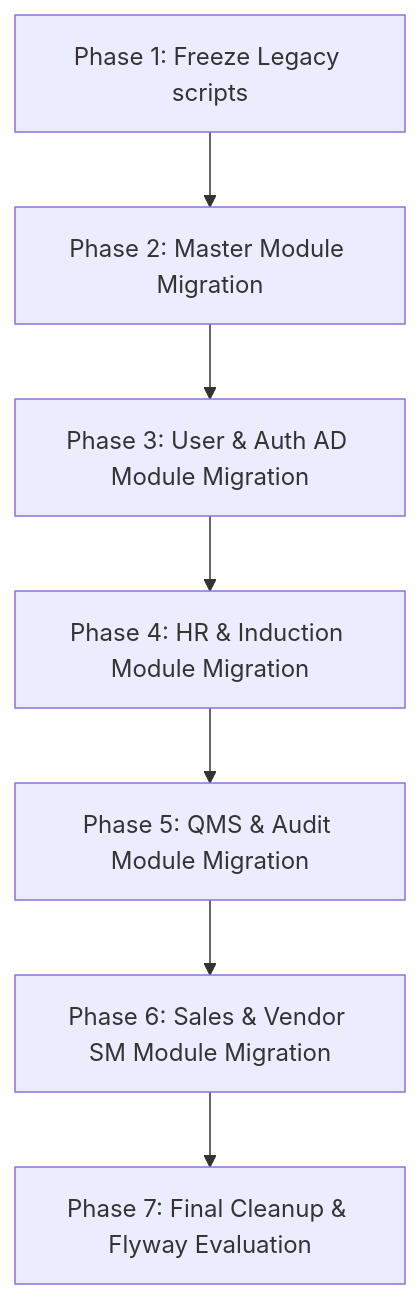
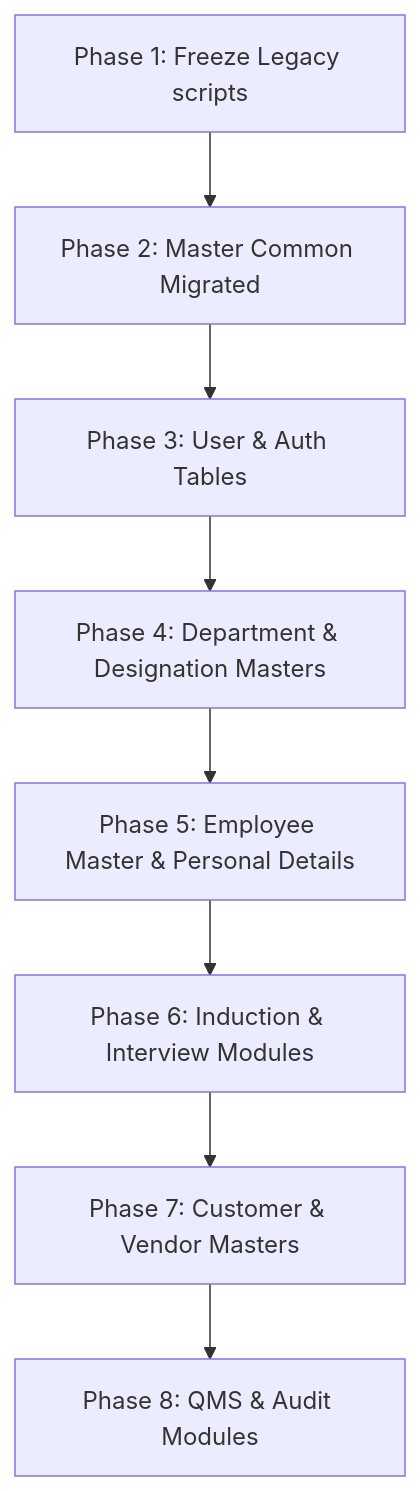
One commit to ROZZAN24/meeting_module_team changed the diagram in docs/DATABASE_MIGRATION_TRACKER.md. Above: the diagram before and after it, drawn with Mermaid. The commit also changed other lines of this file, not shown here.

````diff
--- a/docs/DATABASE_MIGRATION_TRACKER.md
+++ b/docs/DATABASE_MIGRATION_TRACKER.md
@@ -9,9 +9,10 @@
 ```mermaid
 graph TD
-    A[Phase 1: Freeze Legacy scripts] --> B[Phase 2: Master Module Migration]
-    B --> C[Phase 3: User & Auth AD Module Migration]
-    C --> D[Phase 4: HR & Induction Module Migration]
-    D --> E[Phase 5: QMS & Audit Module Migration]
-    E --> F[Phase 6: Sales & Vendor SM Module Migration]
-    F --> G[Phase 7: Final Cleanup & Flyway Evaluation]
+    A[Phase 1: Freeze Legacy scripts] --> B[Phase 2: Master Common Migrated]
+    B --> C[Phase 3: User & Auth Tables]
+    C --> D[Phase 4: Department & Designation Masters]
+    D --> E[Phase 5: Employee Master & Personal Details]
+    E --> F[Phase 6: Induction & Interview Modules]
+    F --> G[Phase 7: Customer & Vendor Masters]
+    G --> H[Phase 8: QMS & Audit Modules]
 ```
````
